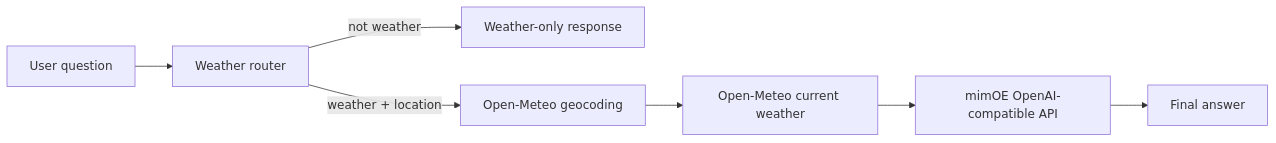
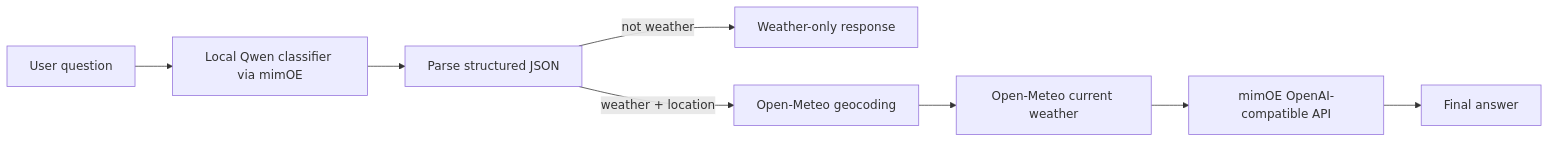
One commit to lwt127/mimik-assignment-submission changed the diagram in README.md. Above: the diagram before and after it, drawn with Mermaid. The commit also changed other lines of this file and 3 other files, not shown here.

Commit message:
Use Qwen for weather intent classification

````diff
--- a/README.md
+++ b/README.md
@@ -33,9 +34,10 @@
 ```mermaid
 flowchart LR
-    U[User question] --> R[Weather router]
+    U[User question] --> Q[Local Qwen classifier via mimOE]
+    Q --> R[Parse structured JSON]
     R -->|not weather| X[Weather-only response]
     R -->|weather + location| G[Open-Meteo geocoding]
     G --> W[Open-Meteo current weather]
     W --> M[mimOE OpenAI-compatible API]
     M --> A[Final answer]
 ```
````
